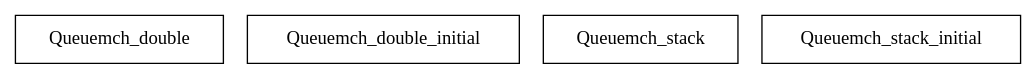
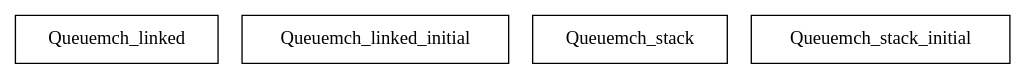
The diagram in Test_scenarios2/bdp/Test_scenarios2.dot (agata-borkowska-clark/dissertation), drawn with Graphviz before and after one commit. The commit also changed 123 other files, not shown here.

```diff
--- a/Test_scenarios2/bdp/Test_scenarios2.dot
+++ b/Test_scenarios2/bdp/Test_scenarios2.dot
@@ -1,7 +1,7 @@
 digraph {
-Queuemch_double [ label=" Queuemch_double " shape= box ]
-Queuemch_double_initial [ label=" Queuemch_double_initial " shape= box ]
+Queuemch_linked [ label=" Queuemch_linked " shape= box ]
+Queuemch_linked_initial [ label=" Queuemch_linked_initial " shape= box ]
 Queuemch_stack [ label=" Queuemch_stack " shape= box ]
 Queuemch_stack_initial [ label=" Queuemch_stack_initial " shape= box ]
 
 }
```
